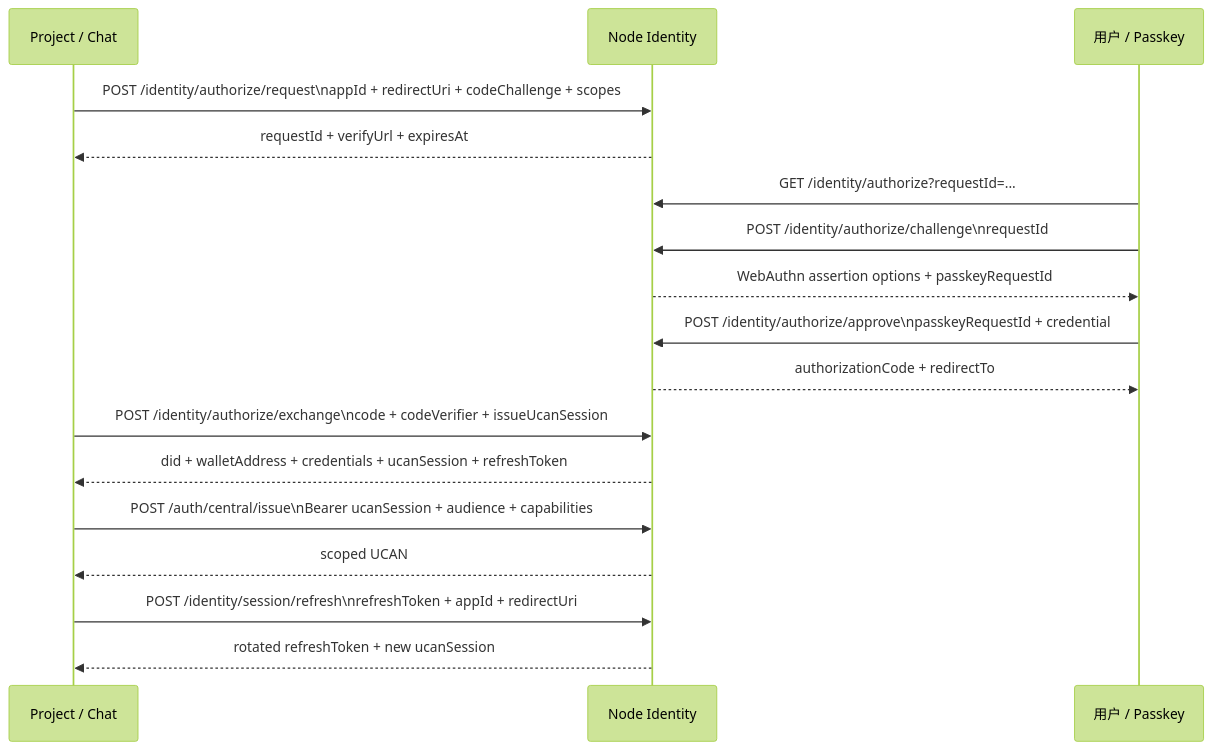
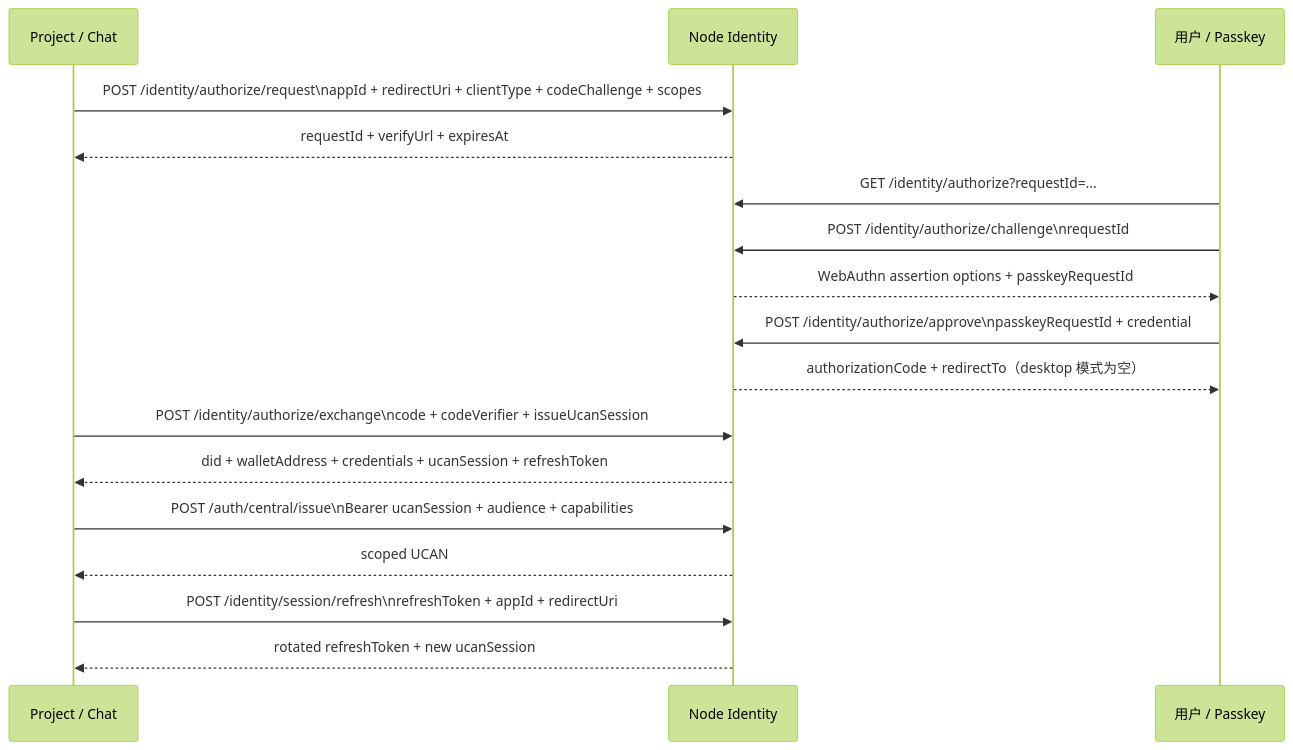
The sixth of 7 diagrams in docs/登录授权.md (yeying-community/node), drawn with Mermaid (forest theme) before and after one commit. The commit also changed other lines of this file and 15 other files, not shown here.

Commit message:
feat: add desktop authorization client mode

````diff
--- a/docs/登录授权.md
+++ b/docs/登录授权.md
@@ -183,20 +183,20 @@
 ```mermaid
 sequenceDiagram
   participant App as Project / Chat
   participant Node as Node Identity
   participant User as 用户 / Passkey
 
-  App ->> Node: POST /identity/authorize/request\nappId + redirectUri + codeChallenge + scopes
+  App ->> Node: POST /identity/authorize/request\nappId + redirectUri + clientType + codeChallenge + scopes
   Node -->> App: requestId + verifyUrl + expiresAt
   User ->> Node: GET /identity/authorize?requestId=...
   User ->> Node: POST /identity/authorize/challenge\nrequestId
   Node -->> User: WebAuthn assertion options + passkeyRequestId
   User ->> Node: POST /identity/authorize/approve\npasskeyRequestId + credential
-  Node -->> User: authorizationCode + redirectTo
+  Node -->> User: authorizationCode + redirectTo（desktop 模式为空）
   App ->> Node: POST /identity/authorize/exchange\ncode + codeVerifier + issueUcanSession
   Node -->> App: did + walletAddress + credentials + ucanSession + refreshToken
   App ->> Node: POST /auth/central/issue\nBearer ucanSession + audience + capabilities
   Node -->> App: scoped UCAN
   App ->> Node: POST /identity/session/refresh\nrefreshToken + appId + redirectUri
   Node -->> App: rotated refreshToken + new ucanSession
 ```
````
